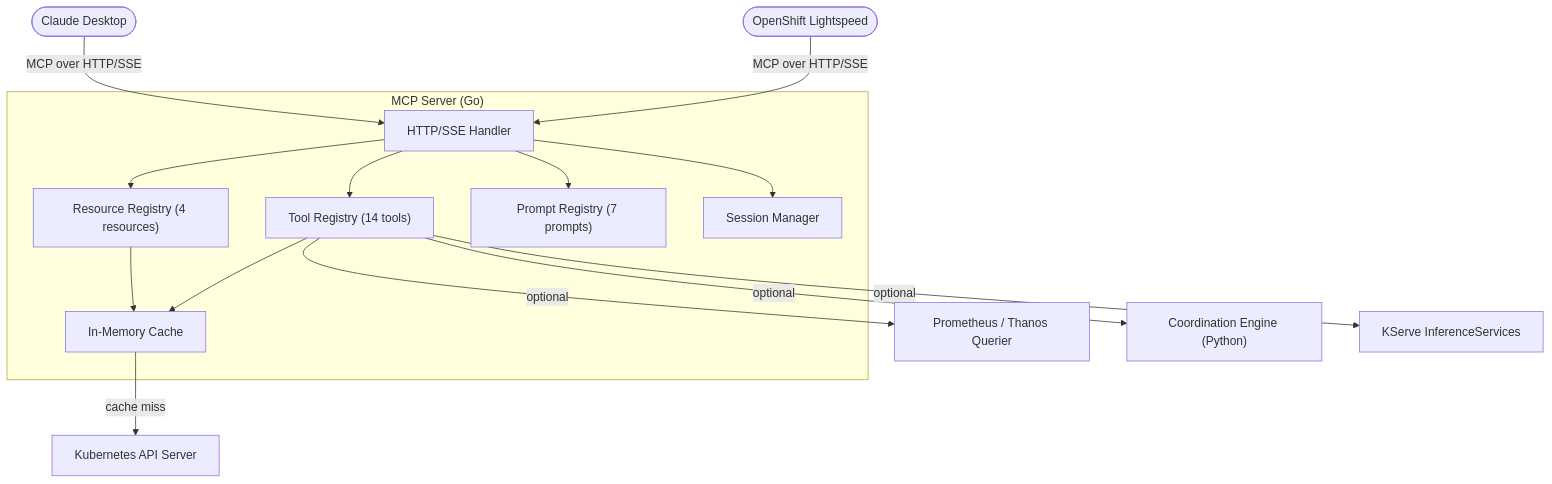
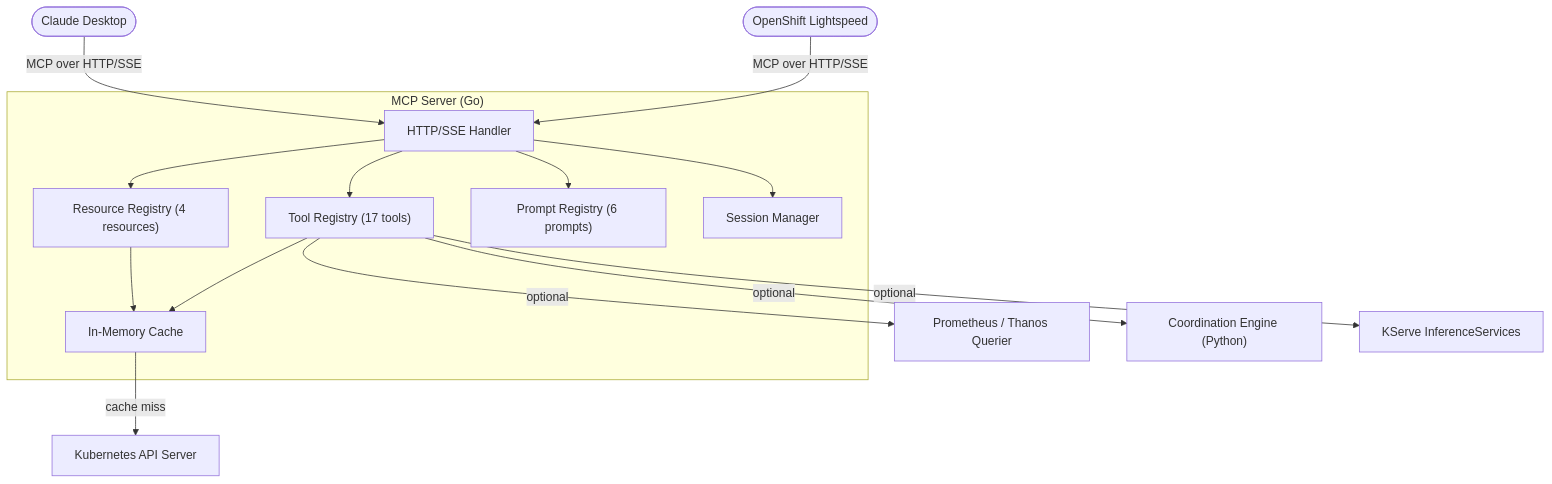
The first of 6 diagrams in DESIGN_DOC.md (KubeHeal/openshift-cluster-health-mcp), drawn with Mermaid before and after one commit. The commit also changed other lines of this file and 5 other files, not shown here.

````diff
--- a/DESIGN_DOC.md
+++ b/DESIGN_DOC.md
@@ -75,32 +75,32 @@
 ```mermaid
 flowchart TB
   lightspeed(["OpenShift Lightspeed"])
   claude(["Claude Desktop"])
 
   subgraph mcpServer ["MCP Server (Go)"]
     handler["HTTP/SSE Handler"]
-    toolReg["Tool Registry (14 tools)"]
+    toolReg["Tool Registry (17 tools)"]
     resReg["Resource Registry (4 resources)"]
-    promptReg["Prompt Registry (7 prompts)"]
+    promptReg["Prompt Registry (6 prompts)"]
     sessionMgr["Session Manager"]
     memCache["In-Memory Cache"]
   end
 
   k8s["Kubernetes API Server"]
   prom["Prometheus / Thanos Querier"]
   ce["Coordination Engine (Python)"]
   kserve["KServe InferenceServices"]
 
   lightspeed -->|"MCP over HTTP/SSE"| handler
   claude -->|"MCP over HTTP/SSE"| handler
   handler --> toolReg
   handler --> resReg
   handler --> promptReg
   handler --> sessionMgr
   toolReg --> memCache
   resReg --> memCache
   memCache -->|"cache miss"| k8s
   toolReg -->|"optional"| prom
   toolReg -->|"optional"| ce
   toolReg -->|"optional"| kserve
 ```
````
